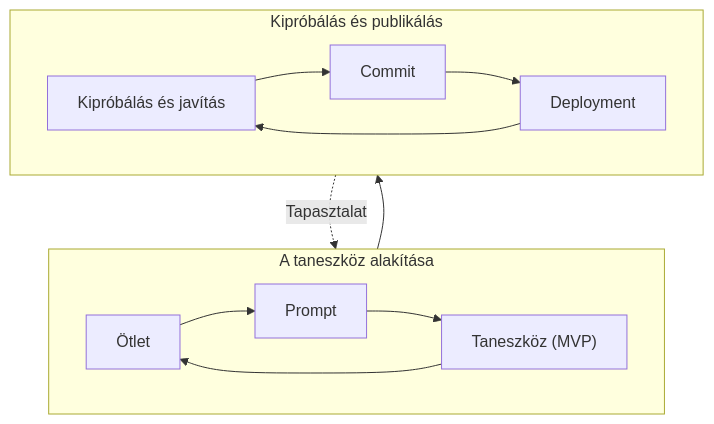
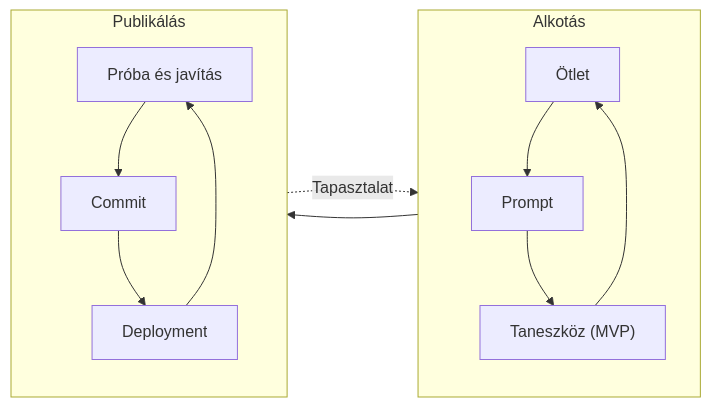
One commit to ezolmik/ai-taneszkoz-workshop changed the diagram in README.md. Above: the diagram before and after it, drawn with Mermaid. The commit also changed other lines of this file, not shown here.

Commit message:
fix: README.md

````diff
--- a/README.md
+++ b/README.md
@@ -6,19 +6,19 @@
 ```mermaid
-flowchart TB
-    subgraph alkotas["A taneszköz alakítása"]
-        direction LR
-        O["Ötlet"] --> P["Prompt"]
+flowchart LR
+    subgraph A["Alkotás"]
+        direction TB
+        O[Ötlet] --> P[Prompt]
         P --> M["Taneszköz (MVP)"]
         M --> O
     end
 
-    subgraph publikalas["Kipróbálás és publikálás"]
-        direction LR
-        K["Kipróbálás és javítás"] --> C["Commit"]
-        C --> D["Deployment"]
+    subgraph B["Publikálás"]
+        direction TB
+        K["Próba és javítás"] --> C[Commit]
+        C --> D[Deployment]
         D --> K
     end
 
-    M --> K
-    K -. Tapasztalat .-> O
+    A --> B
+    B -. Tapasztalat .-> A
 ```
````
